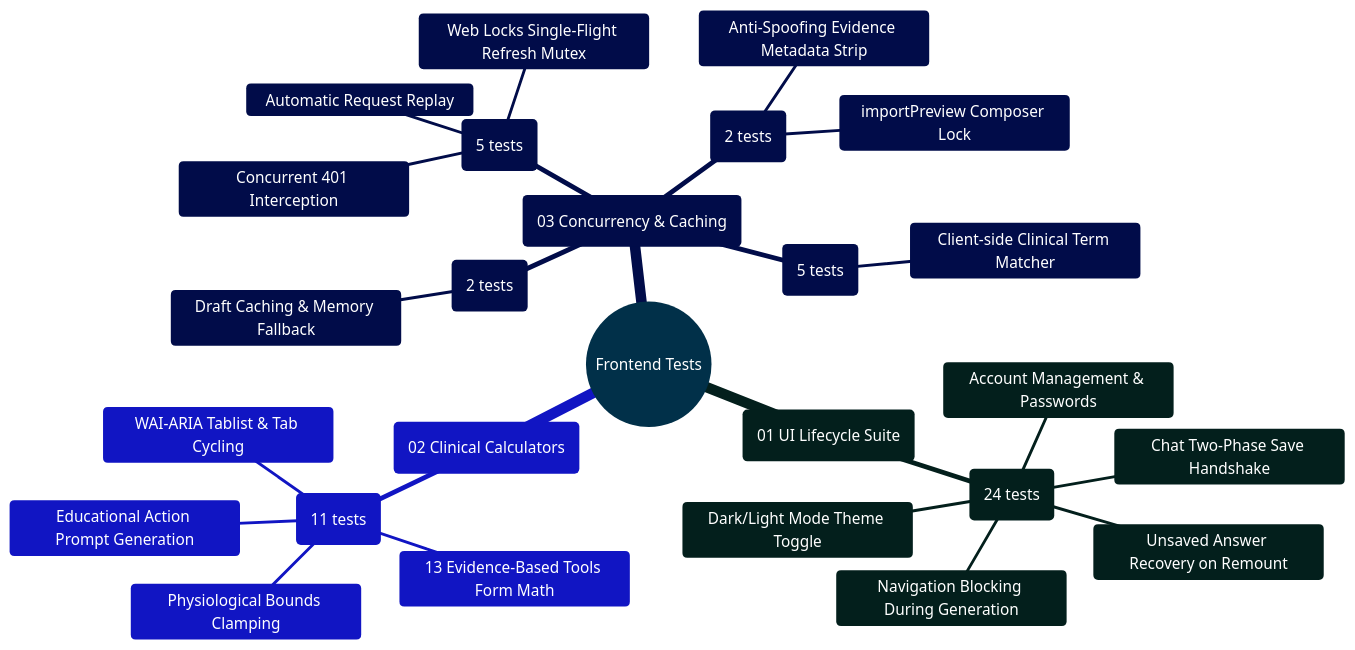
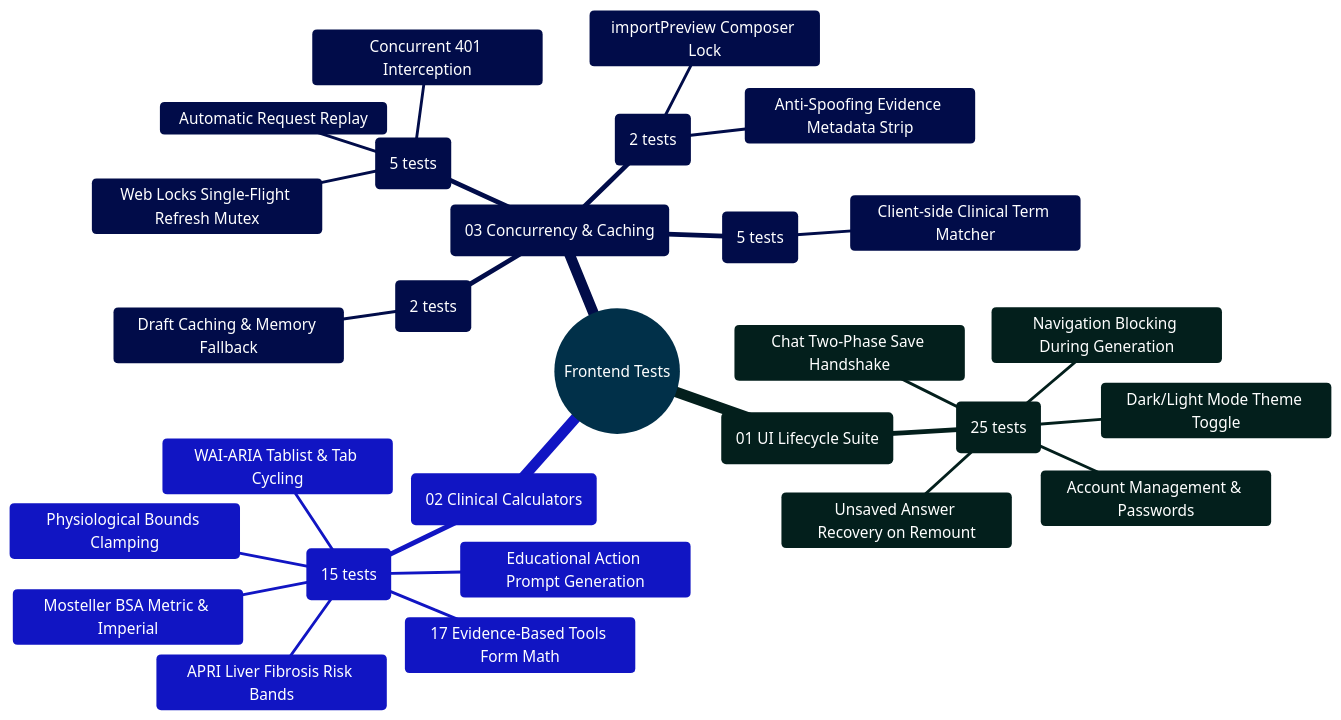
Before and after one commit to Ganesh172919/React-App-LLM: the diagram in frontend/src/test/README.md, drawn with Mermaid. The commit also changed other lines of this file and 42 other files, not shown here.

Commit message:
feat: expand clinical suite to 17 tools (Mosteller BSA & APRI) and drug interaction screener to 18 rules (Triptan+SSRI & Bactrim+ACEI)

````diff
--- a/frontend/src/test/README.md
+++ b/frontend/src/test/README.md
@@ -53,31 +53,33 @@
 ```mermaid
 %%{init: {'theme': 'base', 'themeVariables': { 'primaryColor': '#0284c7', 'primaryTextColor': '#ffffff', 'primaryBorderColor': '#0369a1', 'lineColor': '#0284c7', 'secondaryColor': '#0d9488', 'tertiaryColor': '#6366f1' }}}%%
 mindmap
   root((Frontend Tests))
     ::icon(fa fa-vial)
     (01 UI Lifecycle Suite)
-      ui.test.jsx (24 tests)
+      ui.test.jsx (25 tests)
         Account Management & Passwords
         Chat Two-Phase Save Handshake
         Navigation Blocking During Generation
         Unsaved Answer Recovery on Remount
         Dark/Light Mode Theme Toggle
     (02 Clinical Calculators)
-      clinicalCalculators.test.jsx (11 tests)
-        13 Evidence-Based Tools Form Math
+      clinicalCalculators.test.jsx (15 tests)
+        17 Evidence-Based Tools Form Math
         Physiological Bounds Clamping
+        Mosteller BSA Metric & Imperial
+        APRI Liver Fibrosis Risk Bands
         WAI-ARIA Tablist & Tab Cycling
         Educational Action Prompt Generation
     (03 Concurrency & Caching)
       api.test.js (5 tests)
         Web Locks Single-Flight Refresh Mutex
         Concurrent 401 Interception
         Automatic Request Replay
       tabStorage.test.js (2 tests)
         Draft Caching & Memory Fallback
       conversationImport.test.js (2 tests)
         Anti-Spoofing Evidence Metadata Strip
         importPreview Composer Lock
       medicalDetector.test.js (5 tests)
         Client-side Clinical Term Matcher
 ```
````
